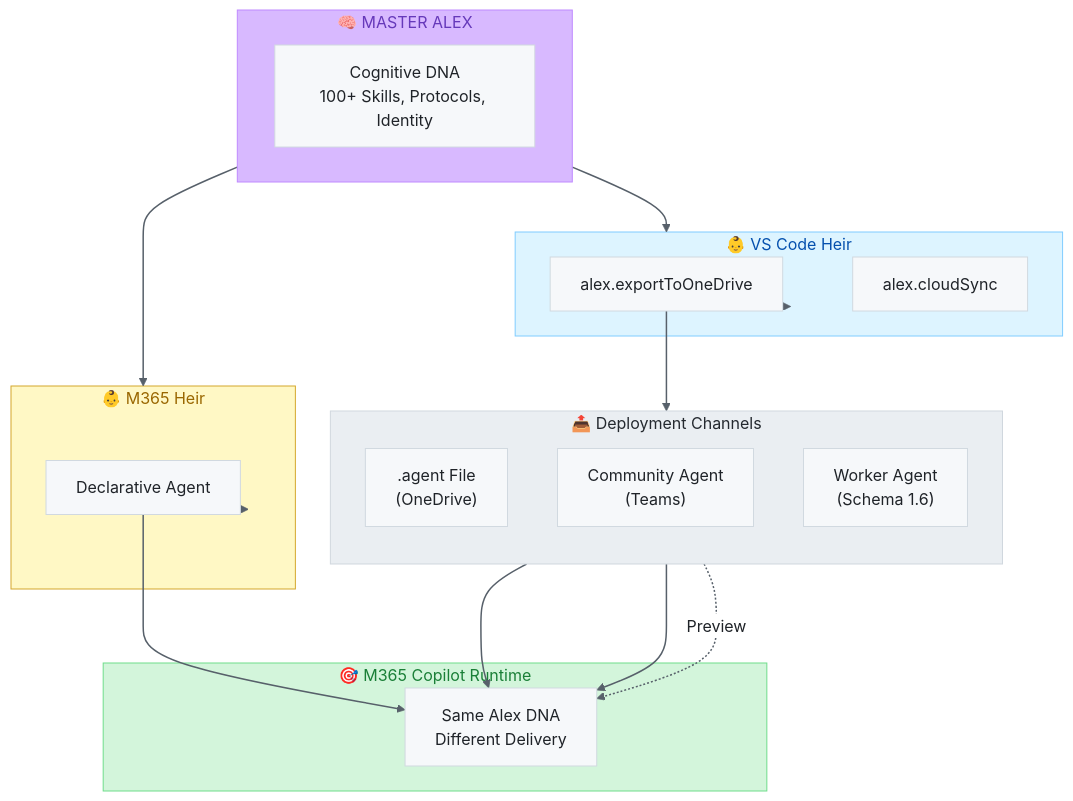
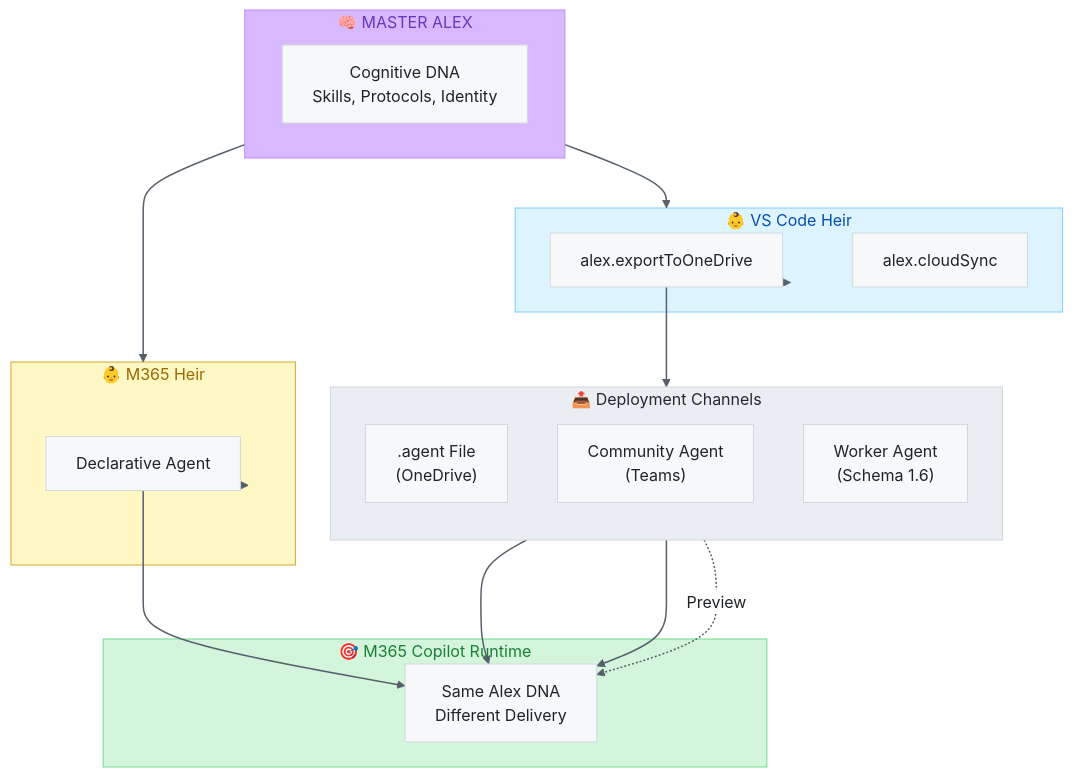
Before and after one commit to fabioc-aloha/Alex_Plug_In: the diagram in platforms/m365-copilot/README.md, drawn with Mermaid. The commit also changed other lines of this file and 3 other files, not shown here.

````diff
--- a/platforms/m365-copilot/README.md
+++ b/platforms/m365-copilot/README.md
@@ -278,43 +280,43 @@
 ```mermaid
 %%{init: {'theme': 'base', 'themeVariables': { 'primaryColor': '#f6f8fa', 'primaryTextColor': '#1f2328', 'primaryBorderColor': '#d1d9e0', 'lineColor': '#656d76', 'secondaryColor': '#f6f8fa', 'tertiaryColor': '#ffffff', 'background': '#ffffff', 'mainBkg': '#f6f8fa', 'nodeBorder': '#d1d9e0', 'edgeLabelBackground': '#fff'}}}%%
 flowchart TB
     subgraph Master["🧠 MASTER ALEX"]
-        DNA["Cognitive DNA<br/>100+ Skills, Protocols, Identity"]
+        DNA["Cognitive DNA<br/>Skills, Protocols, Identity"]
     end
 
     subgraph VSCode["👶 VS Code Heir"]
         Export["alex.exportToOneDrive"]
         Cloud["alex.cloudSync"]
     end
 
     subgraph M365["👶 M365 Heir"]
         DA["Declarative Agent"]
     end
 
     subgraph Channels["📤 Deployment Channels"]
         direction TB
         ODA[".agent File<br/>(OneDrive)"]
         CA["Community Agent<br/>(Teams)"]
         WA["Worker Agent<br/>(Schema 1.6)"]
     end
 
     subgraph Runtime["🎯 M365 Copilot Runtime"]
         COP["Same Alex DNA<br/>Different Delivery"]
     end
 
     Master --> VSCode
     Master --> M365
     VSCode --> Export --> ODA
     M365 --> DA
     DA --> COP
     ODA --> COP
     CA --> COP
     WA -.->|"Preview"| COP
 
     style Master fill:#d8b9ff,color:#6639ba,stroke:#bf8aff
     style VSCode fill:#ddf4ff,color:#0550ae,stroke:#80ccff
     style M365 fill:#fff8c5,color:#9a6700,stroke:#d4a72c
     style Channels fill:#eaeef2,color:#24292f,stroke:#d0d7de
     style Runtime fill:#d3f5db,color:#1a7f37,stroke:#6fdd8b
     linkStyle default stroke:#57606a,stroke-width:1.5px
 ```
````
